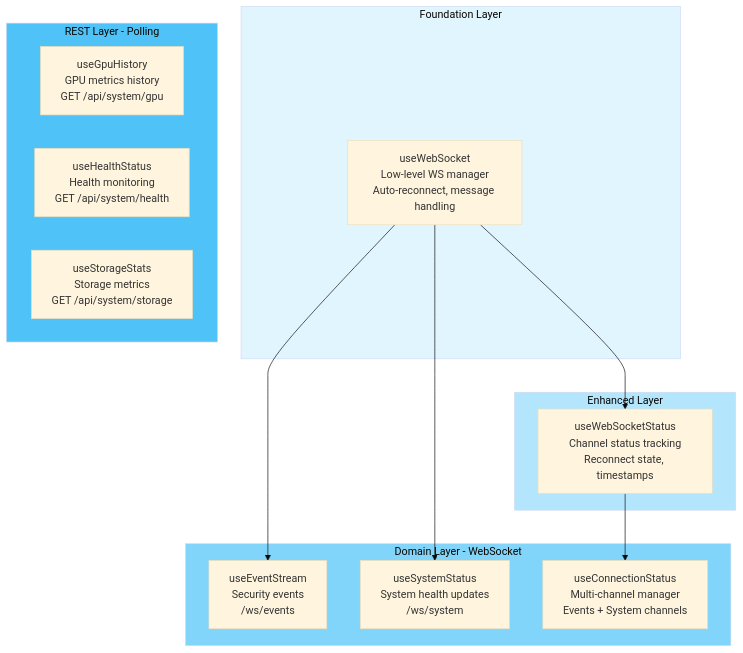
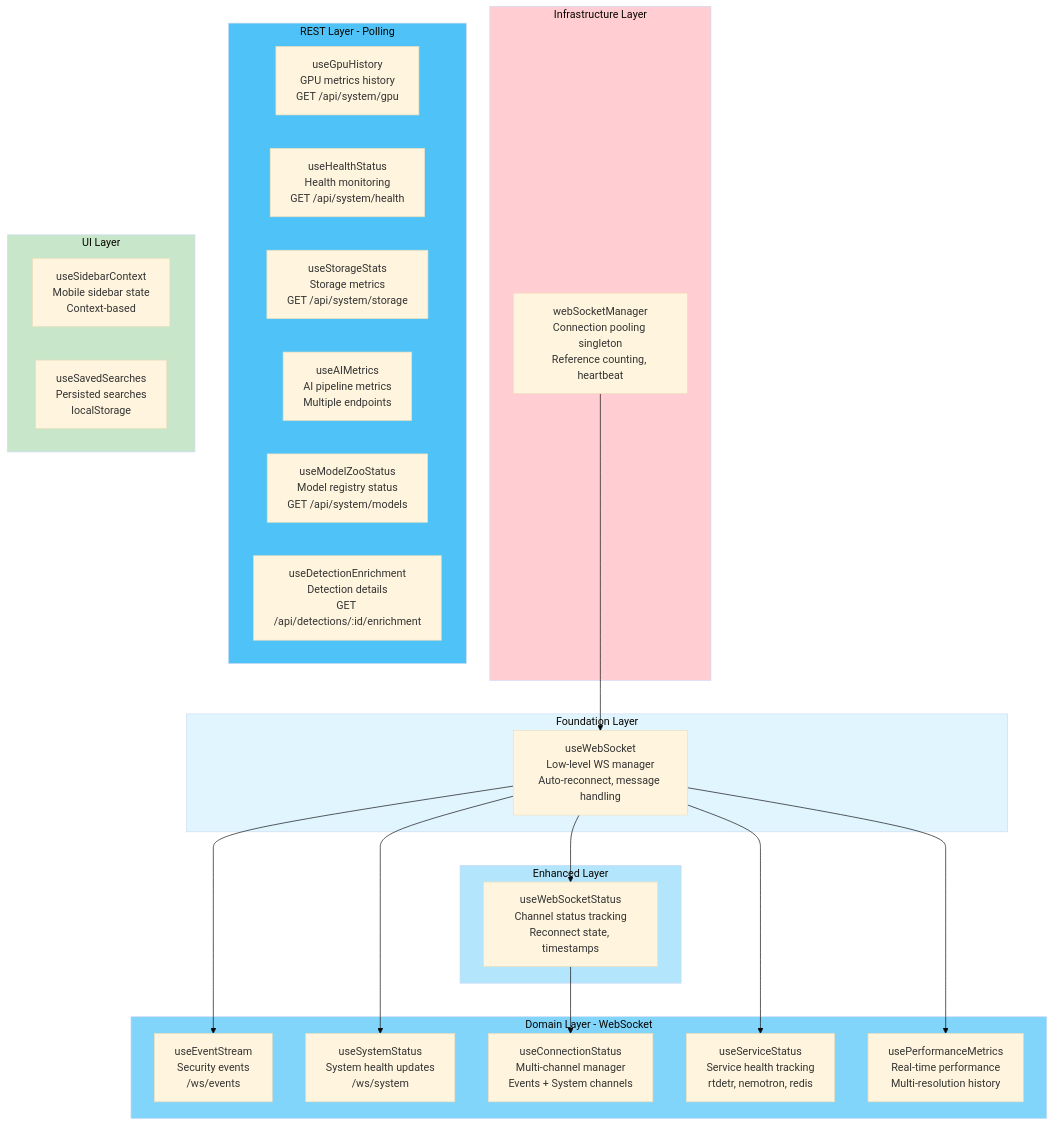
One commit to mikesvoboda/nemotron-v3-home-security-intelligence changed the first of 2 diagrams in docs/architecture/frontend-hooks.md. Above: the diagram before and after it, drawn with Mermaid (base theme). The commit also changed other lines of this file and 111 other files, not shown here.

````diff
--- a/docs/architecture/frontend-hooks.md
+++ b/docs/architecture/frontend-hooks.md
@@ -32,32 +42,51 @@
 ```mermaid
 flowchart TB
+    subgraph Infrastructure["Infrastructure Layer"]
+        webSocketManager["webSocketManager<br/>Connection pooling singleton<br/>Reference counting, heartbeat"]
+    end
+
     subgraph Foundation["Foundation Layer"]
         useWebSocket["useWebSocket<br/>Low-level WS manager<br/>Auto-reconnect, message handling"]
     end
 
     subgraph Enhanced["Enhanced Layer"]
         useWebSocketStatus["useWebSocketStatus<br/>Channel status tracking<br/>Reconnect state, timestamps"]
     end
 
     subgraph Domain["Domain Layer - WebSocket"]
         useEventStream["useEventStream<br/>Security events<br/>/ws/events"]
         useSystemStatus["useSystemStatus<br/>System health updates<br/>/ws/system"]
         useConnectionStatus["useConnectionStatus<br/>Multi-channel manager<br/>Events + System channels"]
+        useServiceStatus["useServiceStatus<br/>Service health tracking<br/>rtdetr, nemotron, redis"]
+        usePerformanceMetrics["usePerformanceMetrics<br/>Real-time performance<br/>Multi-resolution history"]
     end
 
     subgraph REST["REST Layer - Polling"]
         useGpuHistory["useGpuHistory<br/>GPU metrics history<br/>GET /api/system/gpu"]
         useHealthStatus["useHealthStatus<br/>Health monitoring<br/>GET /api/system/health"]
         useStorageStats["useStorageStats<br/>Storage metrics<br/>GET /api/system/storage"]
+        useAIMetrics["useAIMetrics<br/>AI pipeline metrics<br/>Multiple endpoints"]
+        useModelZooStatus["useModelZooStatus<br/>Model registry status<br/>GET /api/system/models"]
+        useDetectionEnrichment["useDetectionEnrichment<br/>Detection details<br/>GET /api/detections/:id/enrichment"]
     end
 
+    subgraph UI["UI Layer"]
+        useSidebarContext["useSidebarContext<br/>Mobile sidebar state<br/>Context-based"]
+        useSavedSearches["useSavedSearches<br/>Persisted searches<br/>localStorage"]
+    end
+
+    webSocketManager --> useWebSocket
     useWebSocket --> useWebSocketStatus
     useWebSocketStatus --> useConnectionStatus
     useWebSocket --> useEventStream
     useWebSocket --> useSystemStatus
+    useWebSocket --> useServiceStatus
+    useWebSocket --> usePerformanceMetrics
 
+    style Infrastructure fill:#ffcdd2
     style Foundation fill:#e1f5ff
     style Enhanced fill:#b3e5fc
     style Domain fill:#81d4fa
     style REST fill:#4fc3f7
+    style UI fill:#c8e6c9
 ```
````
